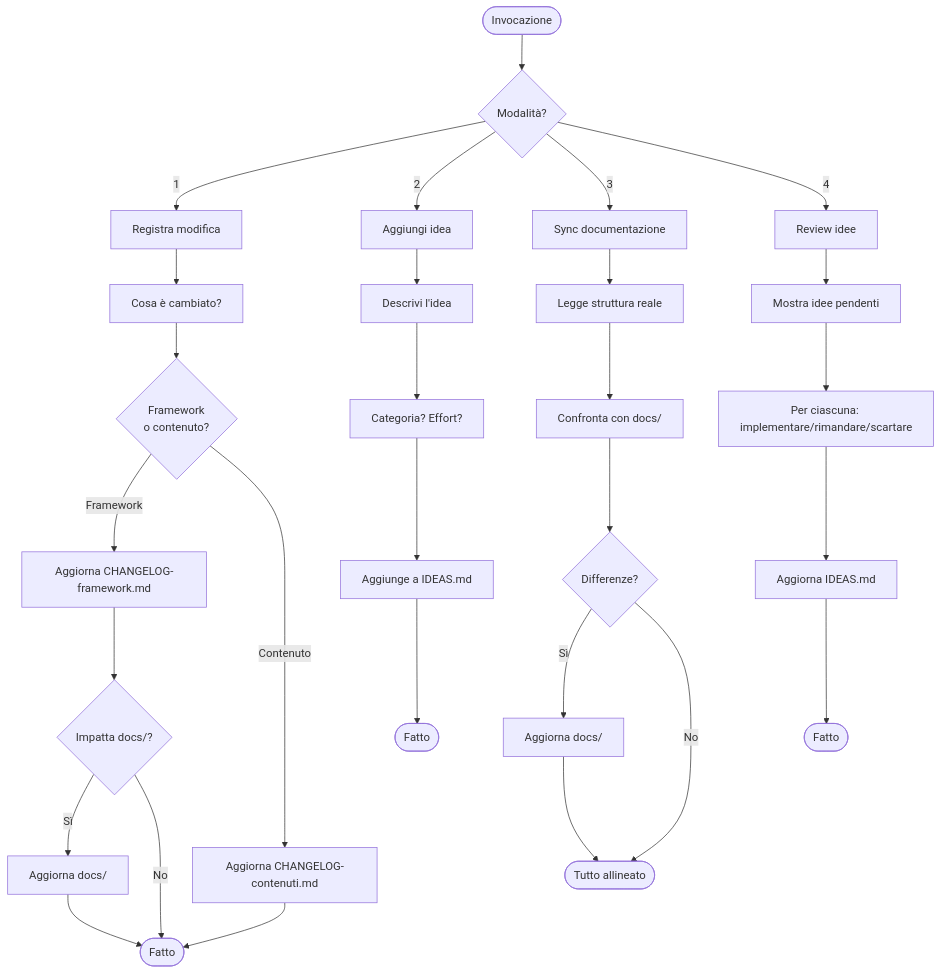
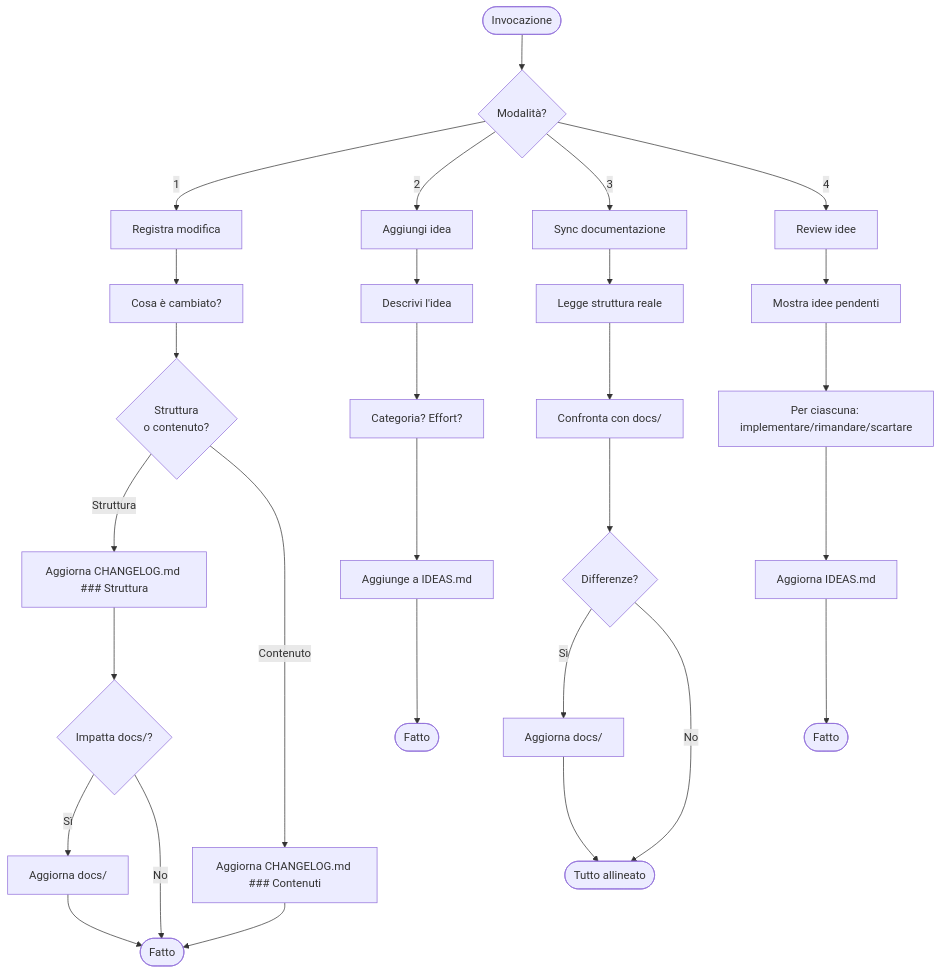
Diagram 17 of 19 in docs/skills.md (SimoneBriganteLaif/SimoneAI), drawn with Mermaid before and after one commit. The commit also changed other lines of this file and 47 other files, not shown here.

````diff
--- a/docs/skills.md
+++ b/docs/skills.md
@@ -541,35 +556,35 @@
 ```mermaid
 flowchart TD
     START([Invocazione]) --> MODE{Modalità?}
     MODE -->|1| REG[Registra modifica]
     MODE -->|2| IDEA[Aggiungi idea]
     MODE -->|3| SYNC[Sync documentazione]
     MODE -->|4| REV[Review idee]
 
     REG --> RQ1[Cosa è cambiato?]
-    RQ1 --> RQ2{Framework\no contenuto?}
-    RQ2 -->|Framework| CL_F[Aggiorna CHANGELOG-framework.md]
-    RQ2 -->|Contenuto| CL_C[Aggiorna CHANGELOG-contenuti.md]
-    CL_F --> RQ3{Impatta docs/?}
+    RQ1 --> RQ2{Struttura\no contenuto?}
+    RQ2 -->|Struttura| CL_S[Aggiorna CHANGELOG.md ### Struttura]
+    RQ2 -->|Contenuto| CL_C[Aggiorna CHANGELOG.md ### Contenuti]
+    CL_S --> RQ3{Impatta docs/?}
     RQ3 -->|Sì| UPD_DOC[Aggiorna docs/]
     RQ3 -->|No| DONE_R([Fatto])
     UPD_DOC --> DONE_R
     CL_C --> DONE_R
 
     IDEA --> IQ1[Descrivi l'idea]
     IQ1 --> IQ2[Categoria? Effort?]
     IQ2 --> ADD[Aggiunge a IDEAS.md]
     ADD --> DONE_I([Fatto])
 
     SYNC --> READ[Legge struttura reale]
     READ --> DIFF[Confronta con docs/]
     DIFF --> PROP{Differenze?}
     PROP -->|Sì| FIX[Aggiorna docs/]
     PROP -->|No| OK([Tutto allineato])
     FIX --> OK
 
     REV --> LIST[Mostra idee pendenti]
     LIST --> DEC[Per ciascuna: implementare/rimandare/scartare]
     DEC --> UPD_ID[Aggiorna IDEAS.md]
     UPD_ID --> DONE_V([Fatto])
 ```
````
